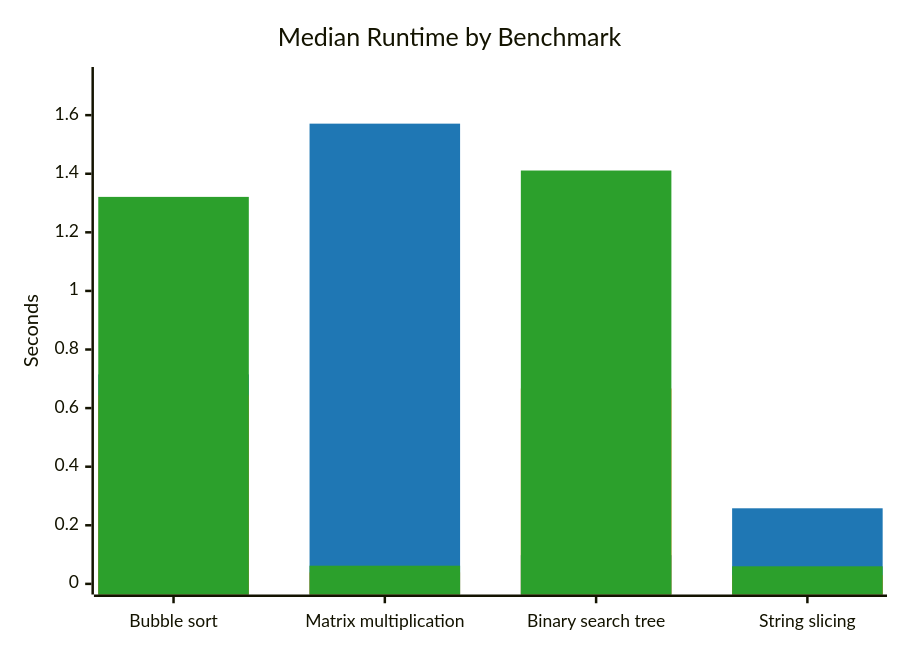
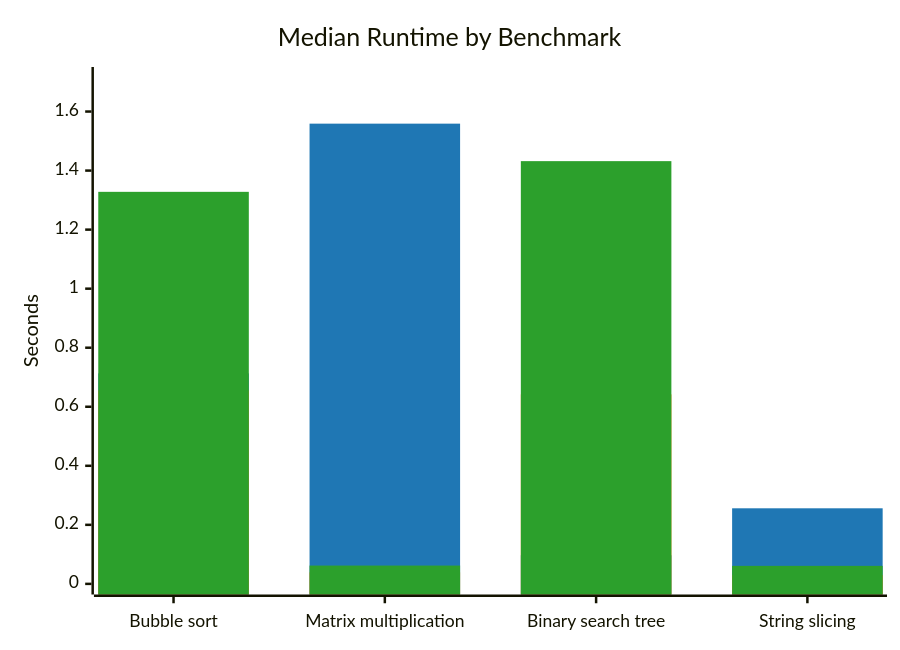
Before and after one commit to GiavaScript/GiavaScript: the diagram in README.md, drawn with Mermaid. The commit also changed 2 other files, not shown here.

Commit message:
chore: update benchmark results

````diff
--- a/README.md
+++ b/README.md
@@ -77,10 +77,10 @@
 ```mermaid
 %%{init: {"themeVariables": {"xyChart": {"plotColorPalette": "#1f77b4, #ff7f0e, #2ca02c"}}}}%%
 xychart-beta
     title "Median Runtime by Benchmark"
     x-axis ["Bubble sort", "Matrix multiplication", "Binary search tree", "String slicing"]
-    y-axis "Seconds" 0 --> 1.7281
-    bar [0.715, 1.571, 0.098, 0.258]
-    bar [0.644, 0.039, 0.667, 0.03]
-    bar [1.321, 0.062, 1.411, 0.06]
+    y-axis "Seconds" 0 --> 1.7149
+    bar [0.713, 1.559, 0.097, 0.256]
+    bar [0.655, 0.039, 0.642, 0.03]
+    bar [1.328, 0.062, 1.432, 0.061]
 ```
````
